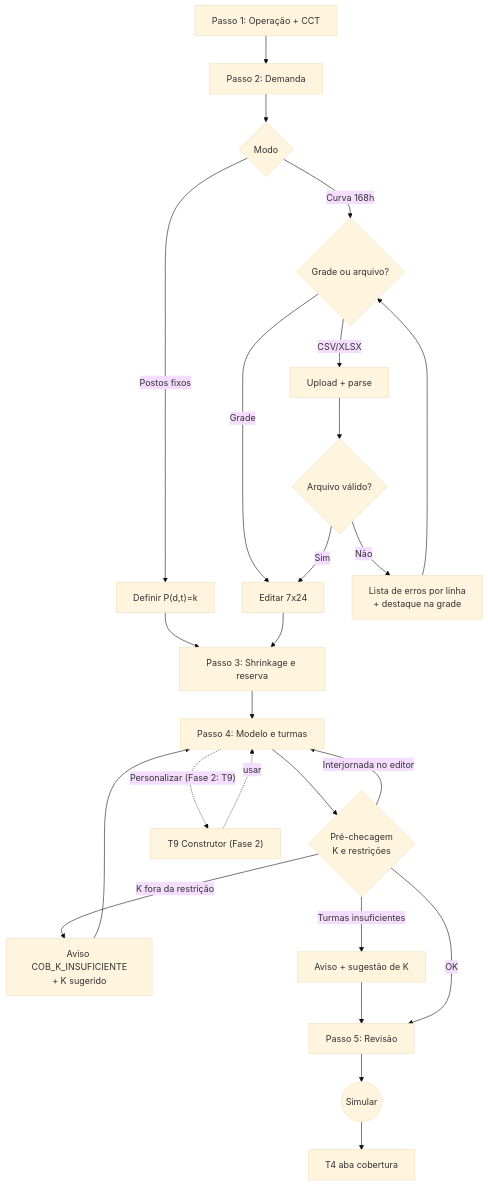
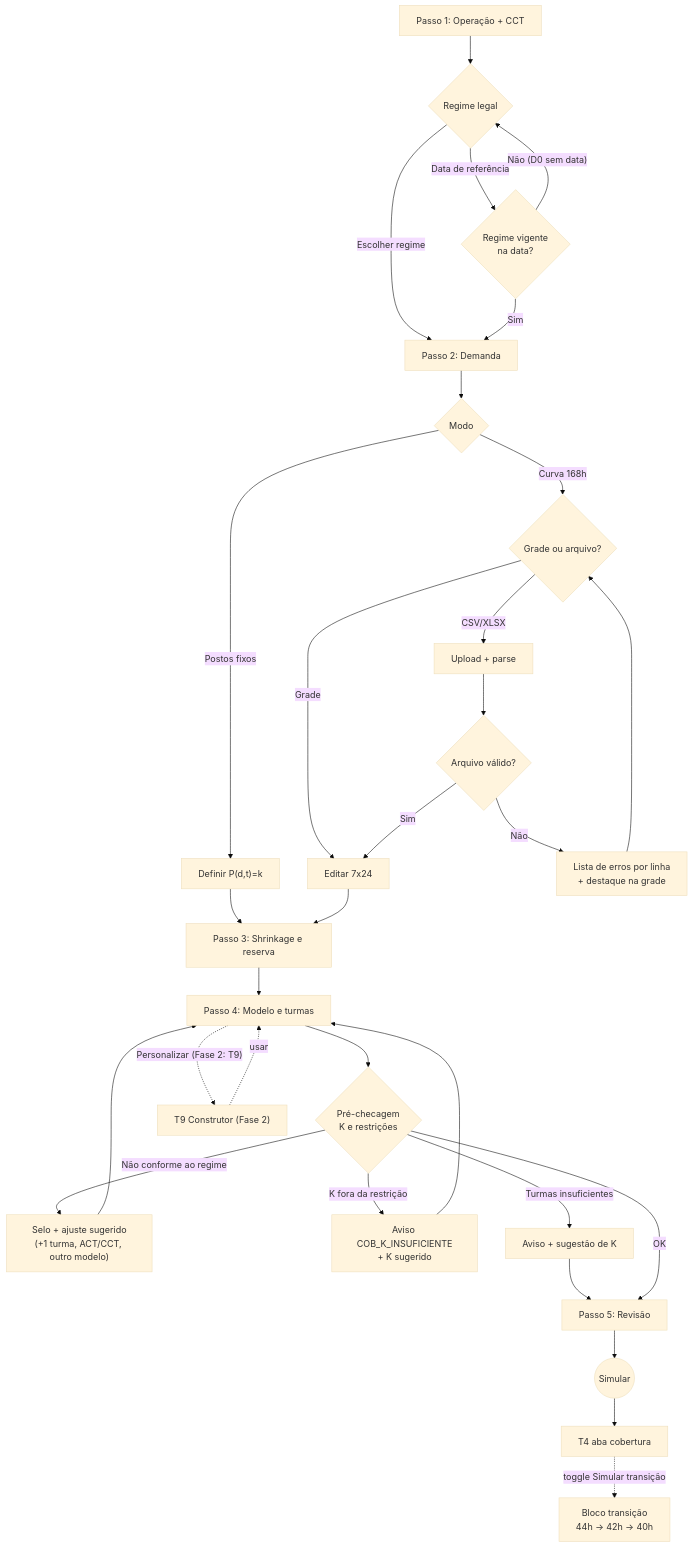
Before and after one commit to thgterto/Ferramentas-Web: the second of 9 diagrams in docs/simulador-escalas/03-fluxo-do-app.md, drawn with Mermaid (base theme). The commit also changed other lines of this file and 6 other files, not shown here.

First line of the commit message:
docs: v3.4 - regras da transição pós-6x1 (regime legal versionado 44h/42h/40h)

````diff
--- a/docs/simulador-escalas/03-fluxo-do-app.md
+++ b/docs/simulador-escalas/03-fluxo-do-app.md
@@ -165,22 +170,27 @@
 ```mermaid
 flowchart TD
-    S1["Passo 1: Operação + CCT"] --> S2["Passo 2: Demanda"]
+    S1["Passo 1: Operação + CCT"] --> RG{"Regime legal"}
+    RG -- "Escolher regime" --> S2["Passo 2: Demanda"]
+    RG -- "Data de referência" --> RS{"Regime vigente<br/>na data?"}
+    RS -- Sim --> S2
+    RS -- "Não (D0 sem data)" --> RG
     S2 --> M{"Modo"}
     M -- "Postos fixos" --> PF["Definir P(d,t)=k"]
     M -- "Curva 168h" --> CV{"Grade ou arquivo?"}
     CV -- Grade --> GR["Editar 7x24"]
     CV -- "CSV/XLSX" --> UP["Upload + parse"]
     UP --> VU{"Arquivo válido?"}
     VU -- Não --> EU["Lista de erros por linha<br/>+ destaque na grade"] --> CV
     VU -- Sim --> GR
     PF --> S3
     GR --> S3["Passo 3: Shrinkage e reserva"]
     S3 --> S4["Passo 4: Modelo e turmas"]
     S4 --> V4{"Pré-checagem<br/>K e restrições"}
-    V4 -- "Interjornada no editor" --> S4
+    V4 -- "Não conforme ao regime" --> AR["Selo + ajuste sugerido<br/>(+1 turma, ACT/CCT, outro modelo)"] --> S4
     S4 -. "Personalizar (Fase 2: T9)" .-> T9["T9 Construtor (Fase 2)"] -. "usar" .-> S4
     V4 -- "K fora da restrição" --> AK["Aviso COB_K_INSUFICIENTE<br/>+ K sugerido"] --> S4
     V4 -- "Turmas insuficientes" --> AV["Aviso + sugestão de K"] --> S5
     V4 -- OK --> S5["Passo 5: Revisão"]
     S5 --> C(("Simular")) --> R["T4 aba cobertura"]
+    R -. "toggle Simular transição" .-> TR["Bloco transição<br/>44h → 42h → 40h"]
 ```
````
